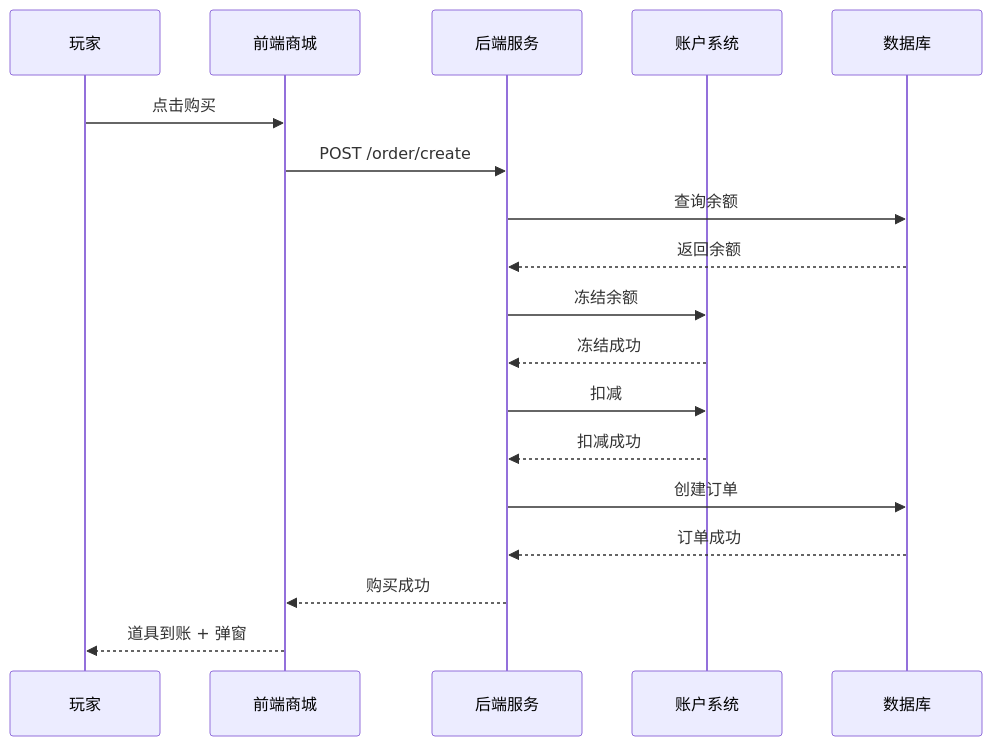
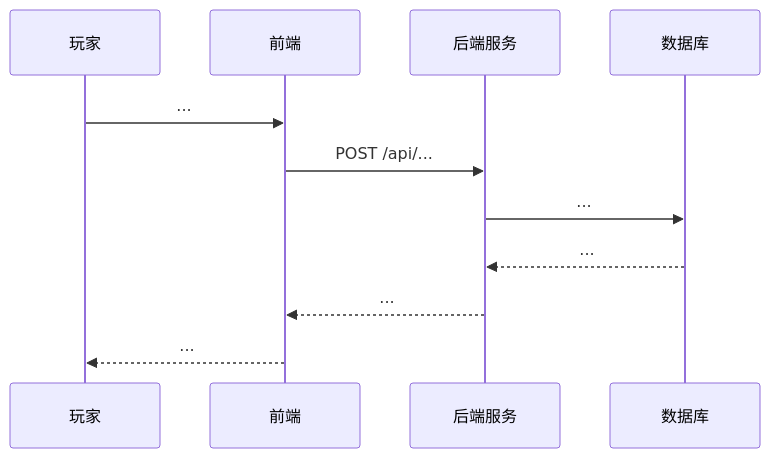
Before and after one commit to SilenceInsect/AIDocxWorkFlow: the diagram in .cursor/rules/STAGE_S4_FLOWCHART.mdc, drawn with Mermaid. The commit also changed other lines of this file and 118 other files, not shown here.

````diff
--- a/.cursor/rules/STAGE_S4_FLOWCHART.mdc
+++ b/.cursor/rules/STAGE_S4_FLOWCHART.mdc
@@ -70,20 +202,13 @@
 ```mermaid
 sequenceDiagram
     participant P as 玩家
-    participant UI as 前端商城
+    participant UI as 前端
     participant SV as 后端服务
-    participant ACC as 账户系统
     participant DB as 数据库
-    P->>UI: 点击购买
-    UI->>SV: POST /order/create
-    SV->>DB: 查询余额
-    DB-->>SV: 返回余额
-    SV->>ACC: 冻结余额
-    ACC-->>SV: 冻结成功
-    SV->>ACC: 扣减
-    ACC-->>SV: 扣减成功
-    SV->>DB: 创建订单
-    DB-->>SV: 订单成功
-    SV-->>UI: 购买成功
-    UI-->>P: 道具到账 + 弹窗
+    P->>UI: ...
+    UI->>SV: POST /api/...
+    SV->>DB: ...
+    DB-->>SV: ...
+    SV-->>UI: ...
+    UI-->>P: ...
 ```
````
